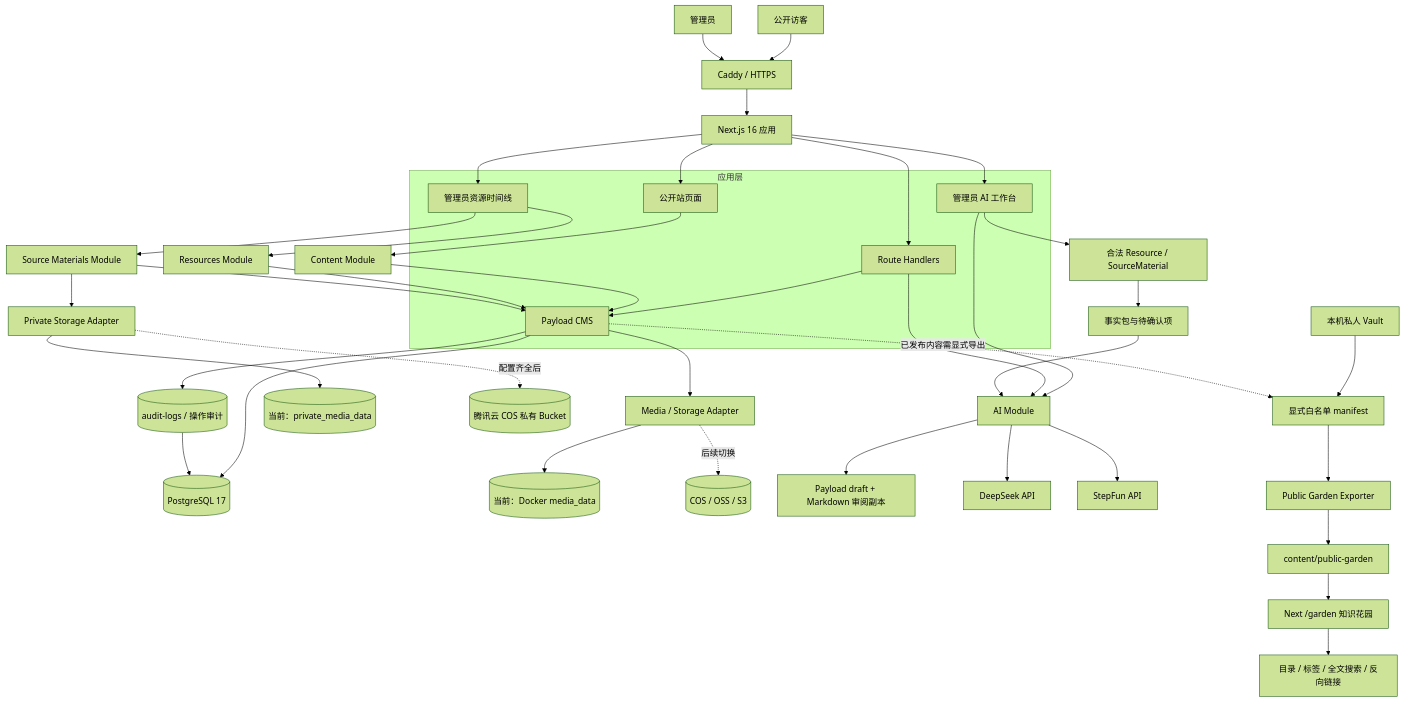
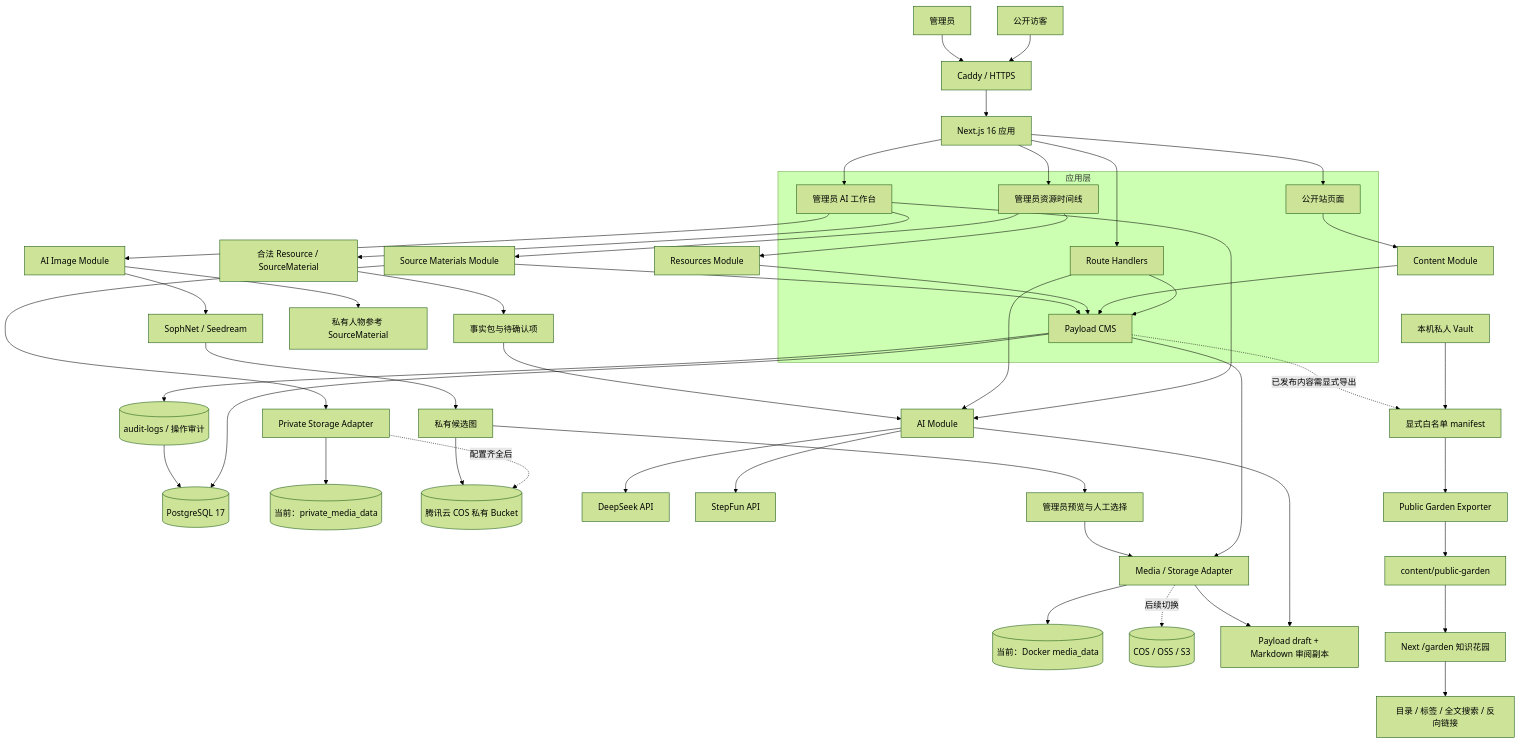
Before and after one commit to bseazh/Snorlaxden: the diagram in README.md, drawn with Mermaid (forest theme). The commit also changed other lines of this file and 33 other files, not shown here.

````diff
--- a/README.md
+++ b/README.md
@@ -24,52 +24,60 @@
 ```mermaid
 flowchart TB
   Visitor[公开访客] --> Caddy[Caddy / HTTPS]
   Admin[管理员] --> Caddy
   Caddy --> Next[Next.js 16 应用]
 
   subgraph Web[应用层]
     Public[公开站页面]
     Studio[管理员 AI 工作台]
     Library[管理员资源时间线]
     Routes[Route Handlers]
     Payload[Payload CMS]
   end
 
   Next --> Public
   Next --> Studio
   Next --> Library
   Next --> Routes
   Routes --> Payload
   Public --> ContentModule[Content Module]
   ContentModule --> Payload
   Library --> ResourceModule[Resources Module]
   ResourceModule --> Payload
   Library --> SourceModule[Source Materials Module]
   SourceModule --> Payload
 
   Payload --> PostgreSQL[(PostgreSQL 17)]
   Payload --> Audit[(audit-logs / 操作审计)]
   Audit --> PostgreSQL
   Payload --> Media[Media / Storage Adapter]
   Media --> Local[(当前：Docker media_data)]
   Media -. 后续切换 .-> ObjectStorage[(COS / OSS / S3)]
   SourceModule --> PrivateStore[Private Storage Adapter]
   PrivateStore --> PrivateVolume[(当前：private_media_data)]
   PrivateStore -. 配置齐全后 .-> COS[(腾讯云 COS 私有 Bucket)]
 
   Studio --> AIModule[AI Module]
   Routes --> AIModule
   Studio --> Sources[合法 Resource / SourceMaterial]
   Sources --> Facts[事实包与待确认项]
   Facts --> AIModule
   AIModule --> Draft[Payload draft + Markdown 审阅副本]
   AIModule --> DeepSeek[DeepSeek API]
   AIModule --> StepFun[StepFun API]
+  Studio --> ImageModule[AI Image Module]
+  ImageModule --> Character[私有人物参考 SourceMaterial]
+  ImageModule --> SophNet[SophNet / Seedream]
+  SophNet --> Candidate[私有候选图]
+  Candidate --> COS
+  Candidate --> Review[管理员预览与人工选择]
+  Review --> Media
+  Media --> Draft
 
   PrivateVault[本机私人 Vault] --> Whitelist[显式白名单 manifest]
   Whitelist --> GardenExporter[Public Garden Exporter]
   GardenExporter --> Export[content/public-garden]
   Payload -. 已发布内容需显式导出 .-> Whitelist
   Export --> Garden[Next /garden 知识花园]
   Garden --> Search[目录 / 标签 / 全文搜索 / 反向链接]
 ```
````
